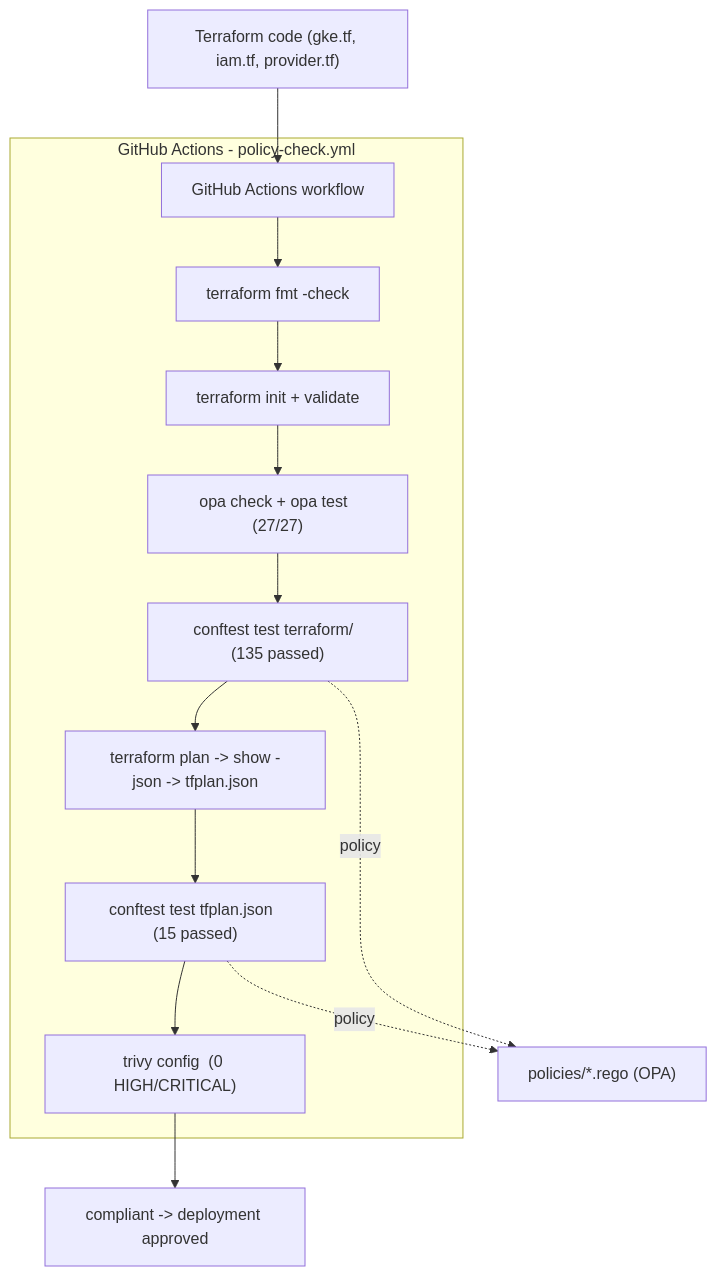
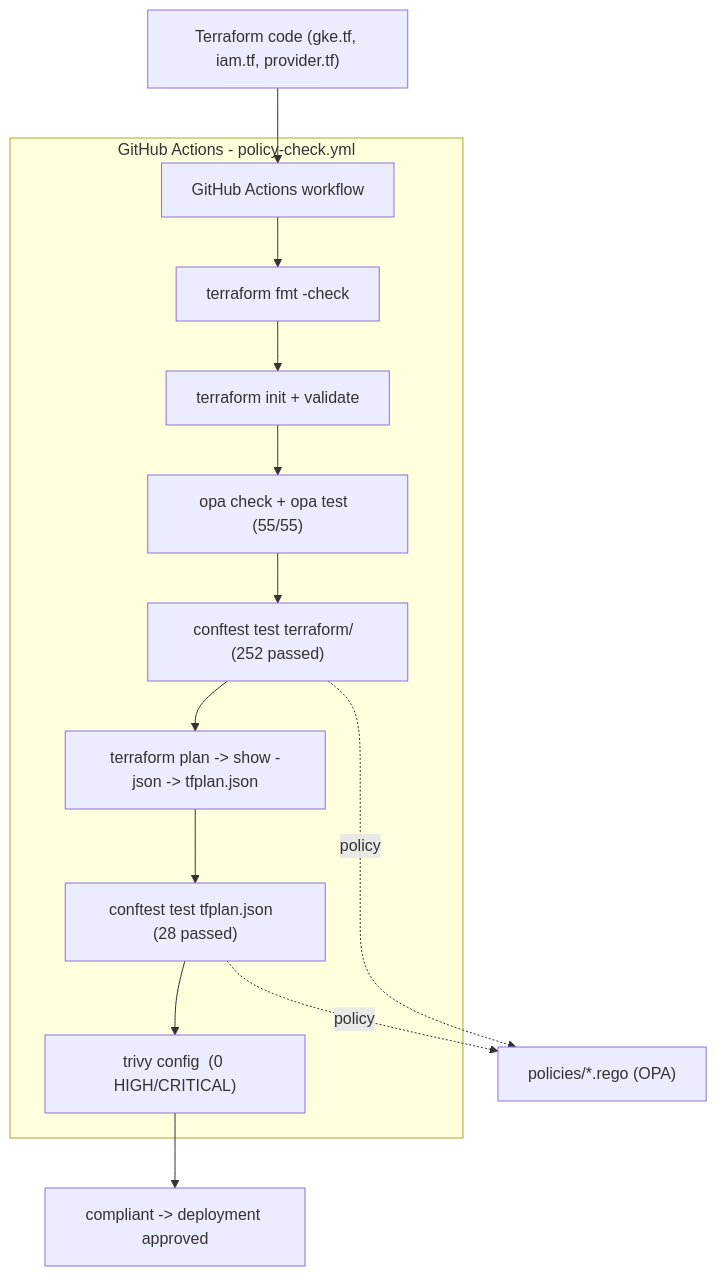
The diagram in README.md (VurumuMahesh15/gcp-policy-as-code), drawn with Mermaid before and after one commit. The commit also changed other lines of this file, not shown here.

````diff
--- a/README.md
+++ b/README.md
@@ -15,16 +15,16 @@
 ```mermaid
 flowchart TB
     A["Terraform code (gke.tf, iam.tf, provider.tf)"] --> B["GitHub Actions workflow"]
     subgraph CI["GitHub Actions - policy-check.yml"]
         B --> C["terraform fmt -check"]
         C --> D["terraform init + validate"]
-        D --> E["opa check + opa test  (27/27)"]
-        E --> F["conftest test terraform/  (135 passed)"]
+        D --> E["opa check + opa test  (55/55)"]
+        E --> F["conftest test terraform/  (252 passed)"]
         F --> G["terraform plan -> show -json -> tfplan.json"]
-        G --> H["conftest test tfplan.json  (15 passed)"]
+        G --> H["conftest test tfplan.json  (28 passed)"]
         H --> I["trivy config  (0 HIGH/CRITICAL)"]
     end
     I --> J["compliant -> deployment approved"]
     F -. policy .-> P["policies/*.rego (OPA)"]
     H -. policy .-> P
 ```
````
